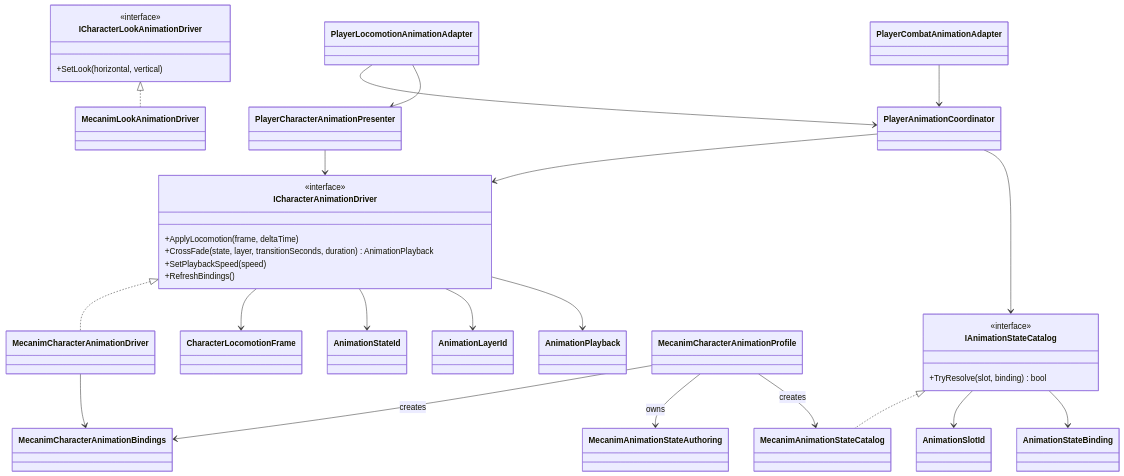
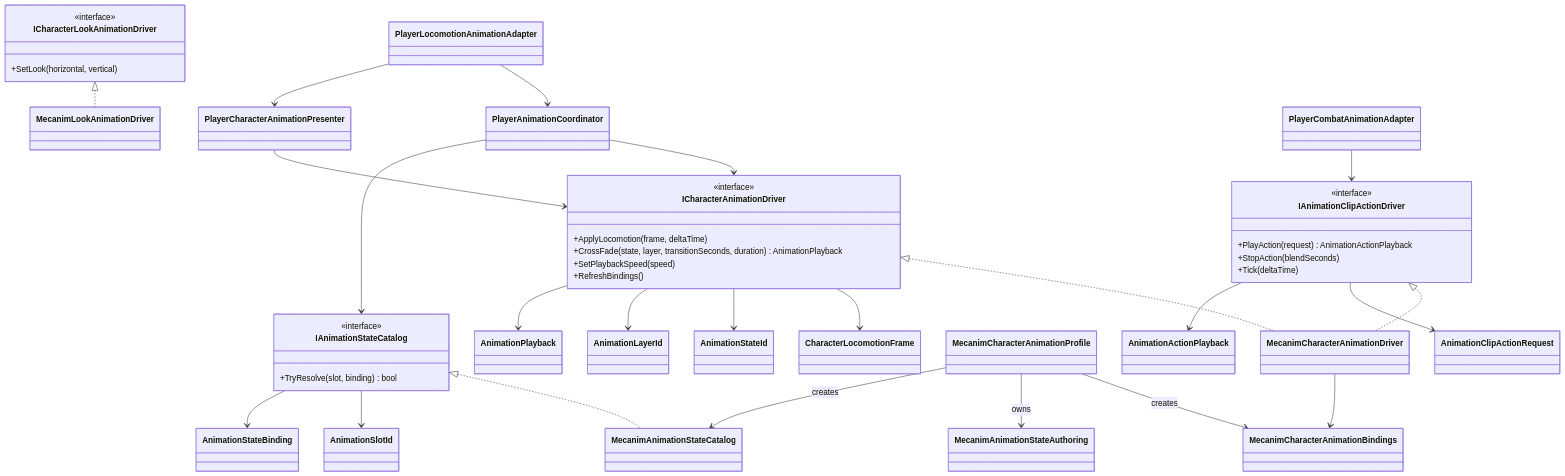
The diagram in Assets/_App/Modules/Animation/README.md (MaximFonariuc/project-s), drawn with Mermaid before and after one commit. The commit also changed other lines of this file and 28 other files, not shown here.

Commit message:
refactor: play combat actions through Playables

````diff
--- a/Assets/_App/Modules/Animation/README.md
+++ b/Assets/_App/Modules/Animation/README.md
@@ -9,57 +9,68 @@
 ```mermaid
 classDiagram
     class ICharacterAnimationDriver {
         <<interface>>
         +ApplyLocomotion(frame, deltaTime)
         +CrossFade(state, layer, transitionSeconds, duration) AnimationPlayback
         +SetPlaybackSpeed(speed)
         +RefreshBindings()
     }
 
     class ICharacterLookAnimationDriver {
         <<interface>>
         +SetLook(horizontal, vertical)
+    }
+    class IAnimationClipActionDriver {
+        <<interface>>
+        +PlayAction(request) AnimationActionPlayback
+        +StopAction(blendSeconds)
+        +Tick(deltaTime)
     }
 
     class IAnimationStateCatalog {
         <<interface>>
         +TryResolve(slot, binding) bool
     }
 
     class CharacterLocomotionFrame
     class AnimationSlotId
     class AnimationStateId
     class AnimationLayerId
     class AnimationStateBinding
     class AnimationPlayback
     class MecanimCharacterAnimationBindings
     class MecanimCharacterAnimationProfile
     class MecanimAnimationStateCatalog
     class MecanimAnimationStateAuthoring
     class MecanimCharacterAnimationDriver
+    class AnimationClipActionRequest
+    class AnimationActionPlayback
     class MecanimLookAnimationDriver
     class PlayerCharacterAnimationPresenter
     class PlayerAnimationCoordinator
     class PlayerLocomotionAnimationAdapter
     class PlayerCombatAnimationAdapter
 
     ICharacterAnimationDriver <|.. MecanimCharacterAnimationDriver
+    IAnimationClipActionDriver <|.. MecanimCharacterAnimationDriver
     ICharacterLookAnimationDriver <|.. MecanimLookAnimationDriver
     MecanimCharacterAnimationDriver --> MecanimCharacterAnimationBindings
     MecanimCharacterAnimationProfile --> MecanimCharacterAnimationBindings : creates
     MecanimCharacterAnimationProfile --> MecanimAnimationStateAuthoring : owns
     MecanimCharacterAnimationProfile --> MecanimAnimationStateCatalog : creates
     IAnimationStateCatalog <|.. MecanimAnimationStateCatalog
     IAnimationStateCatalog --> AnimationSlotId
     IAnimationStateCatalog --> AnimationStateBinding
     ICharacterAnimationDriver --> CharacterLocomotionFrame
     ICharacterAnimationDriver --> AnimationStateId
     ICharacterAnimationDriver --> AnimationLayerId
     ICharacterAnimationDriver --> AnimationPlayback
+    IAnimationClipActionDriver --> AnimationClipActionRequest
+    IAnimationClipActionDriver --> AnimationActionPlayback
     PlayerCharacterAnimationPresenter --> ICharacterAnimationDriver
     PlayerLocomotionAnimationAdapter --> PlayerAnimationCoordinator
     PlayerLocomotionAnimationAdapter --> PlayerCharacterAnimationPresenter
-    PlayerCombatAnimationAdapter --> PlayerAnimationCoordinator
+    PlayerCombatAnimationAdapter --> IAnimationClipActionDriver
     PlayerAnimationCoordinator --> ICharacterAnimationDriver
     PlayerAnimationCoordinator --> IAnimationStateCatalog
 ```
````
